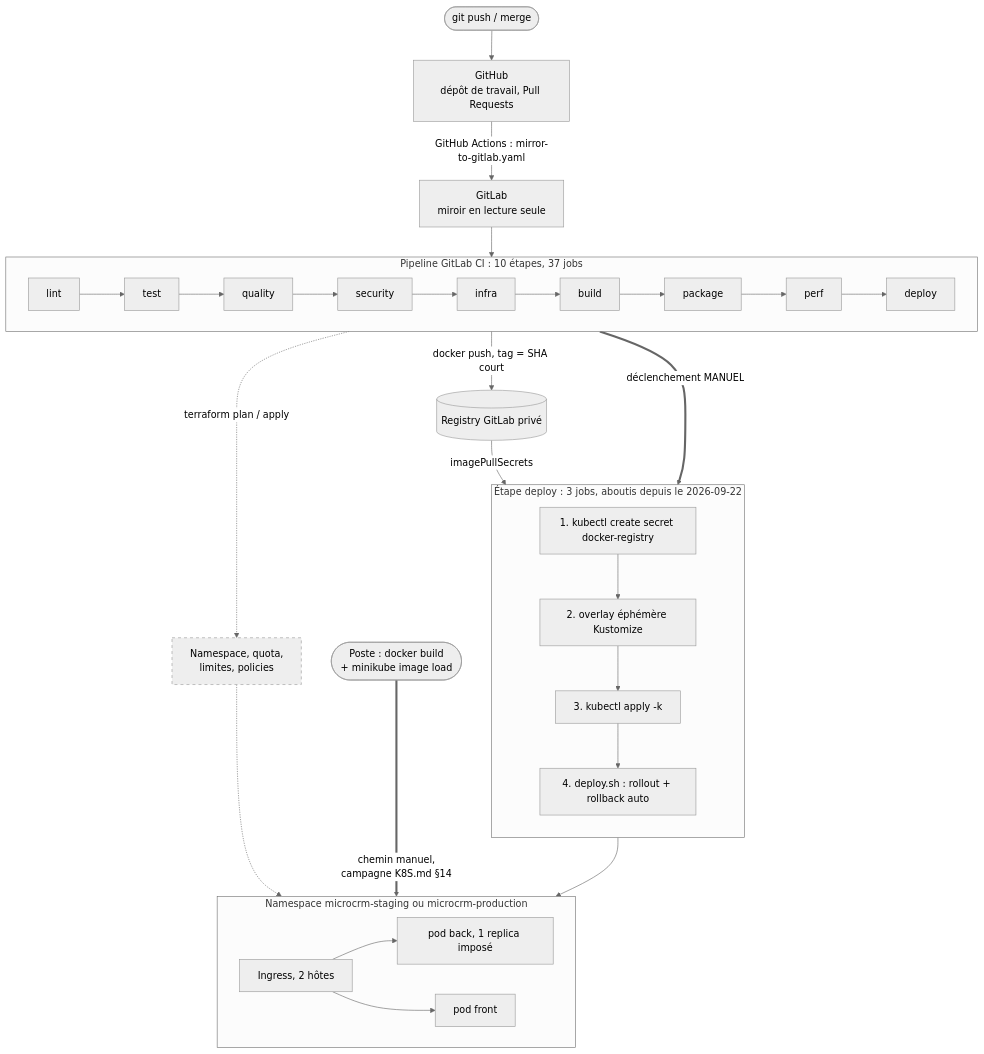
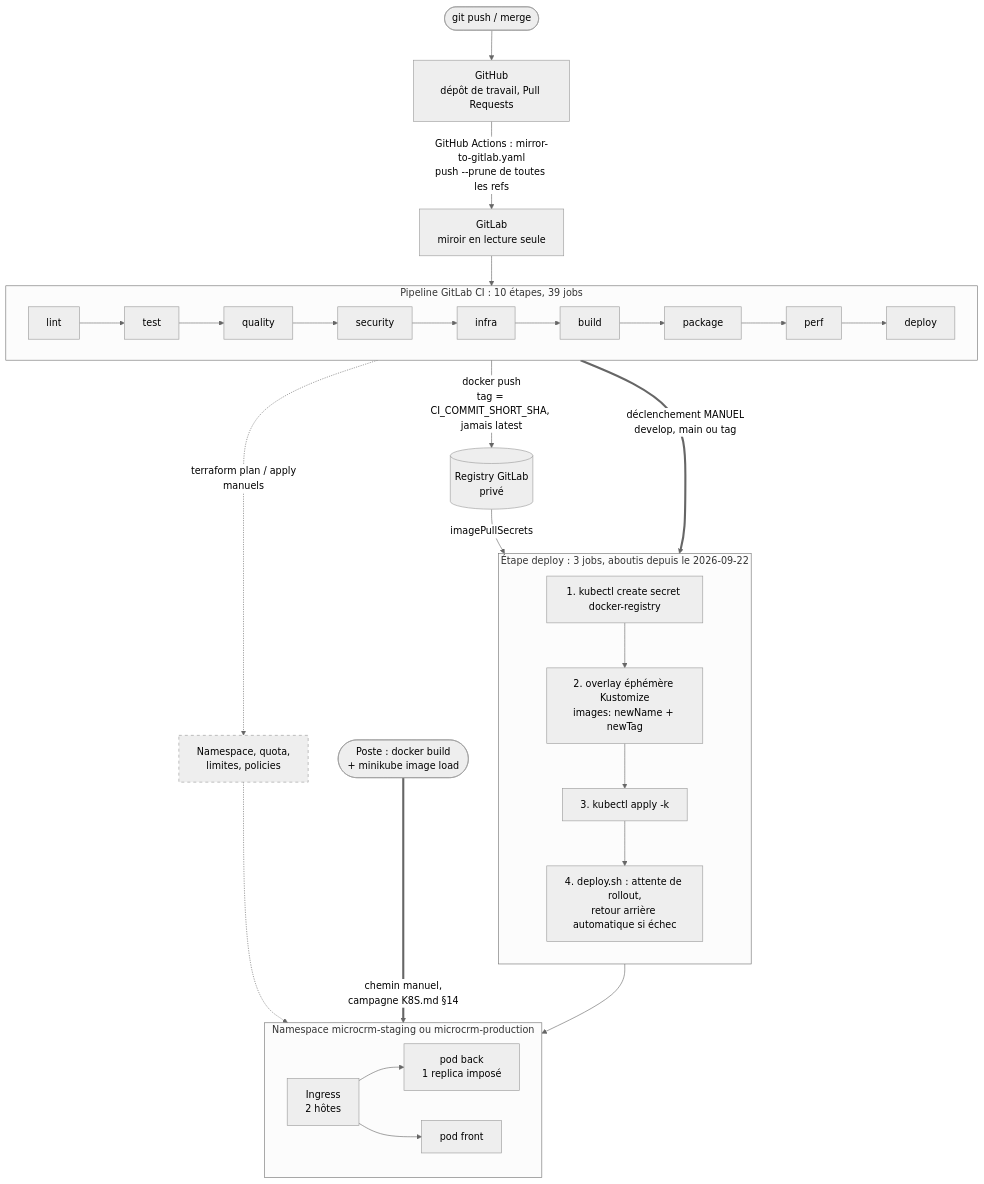
The first of 2 diagrams in docs/documentation-infrastructure.md (TedPasquiet/G-rez-le-cycle-de-vie-de-d-veloppement-logiciel), drawn with Mermaid (neutral theme) before and after one commit. The commit also changed other lines of this file and 33 other files, not shown here.

````diff
--- a/docs/documentation-infrastructure.md
+++ b/docs/documentation-infrastructure.md
@@ -70,35 +78,43 @@
 ```mermaid
 flowchart TB
     dev(["git push / merge"]) --> gh["GitHub<br/>dépôt de travail, Pull Requests"]
-    gh -->|"GitHub Actions : mirror-to-gitlab.yaml"| gl["GitLab<br/>miroir en lecture seule"]
+    gh -->|"GitHub Actions : mirror-to-gitlab.yaml<br/>push --prune de toutes les refs"| gl["GitLab<br/>miroir en lecture seule"]
     gl --> pipe
-    subgraph pipe["Pipeline GitLab CI : 10 étapes, 37 jobs"]
+
+    subgraph pipe["Pipeline GitLab CI : 10 étapes, 39 jobs"]
         direction LR
         s1["lint"] --> s2["test"] --> s3["quality"] --> s4["security"] --> s5["infra"] --> s6["build"] --> s7["package"] --> s8["perf"] --> s9["deploy"]
     end
-    s7 -->|"docker push, tag = SHA court"| reg[("Registry GitLab privé")]
-    s5 -.->|"terraform plan / apply"| tf["Namespace, quota,<br/>limites, policies"]
-    s9 == "déclenchement MANUEL" ==> jobs
+
+    s7 -->|"docker push<br/>tag = CI_COMMIT_SHORT_SHA, jamais latest"| reg[("Registry GitLab<br/>privé")]
+    s5 -.->|"terraform plan / apply<br/>manuels"| tf["Namespace, quota,<br/>limites, policies"]
+
+    s9 == "déclenchement MANUEL<br/>develop, main ou tag" ==> jobs
+
     subgraph jobs["Étape deploy : 3 jobs, aboutis depuis le 2026-09-22"]
         direction TB
         j1["1. kubectl create secret docker-registry"]
-        j2["2. overlay éphémère Kustomize"]
+        j2["2. overlay éphémère Kustomize<br/>images: newName + newTag"]
         j3["3. kubectl apply -k"]
-        j4["4. deploy.sh : rollout + rollback auto"]
+        j4["4. deploy.sh : attente de rollout,<br/>retour arrière automatique si échec"]
         j1 --> j2 --> j3 --> j4
     end
+
     reg -->|"imagePullSecrets"| j3
     tf -.-> ns
     j4 --> ns
+
     subgraph ns["Namespace microcrm-staging ou microcrm-production"]
         direction LR
-        ing["Ingress, 2 hôtes"]
-        pb["pod back, 1 replica imposé"]
+        ing["Ingress<br/>2 hôtes"]
+        pb["pod back<br/>1 replica imposé"]
         pf["pod front"]
         ing --> pb
         ing --> pf
     end
+
     poste(["Poste : docker build<br/>+ minikube image load"]) ==>|"chemin manuel,<br/>campagne K8S.md §14"| ns
+
     classDef jamais stroke-dasharray: 5 5;
     class tf jamais;
 ```
````
